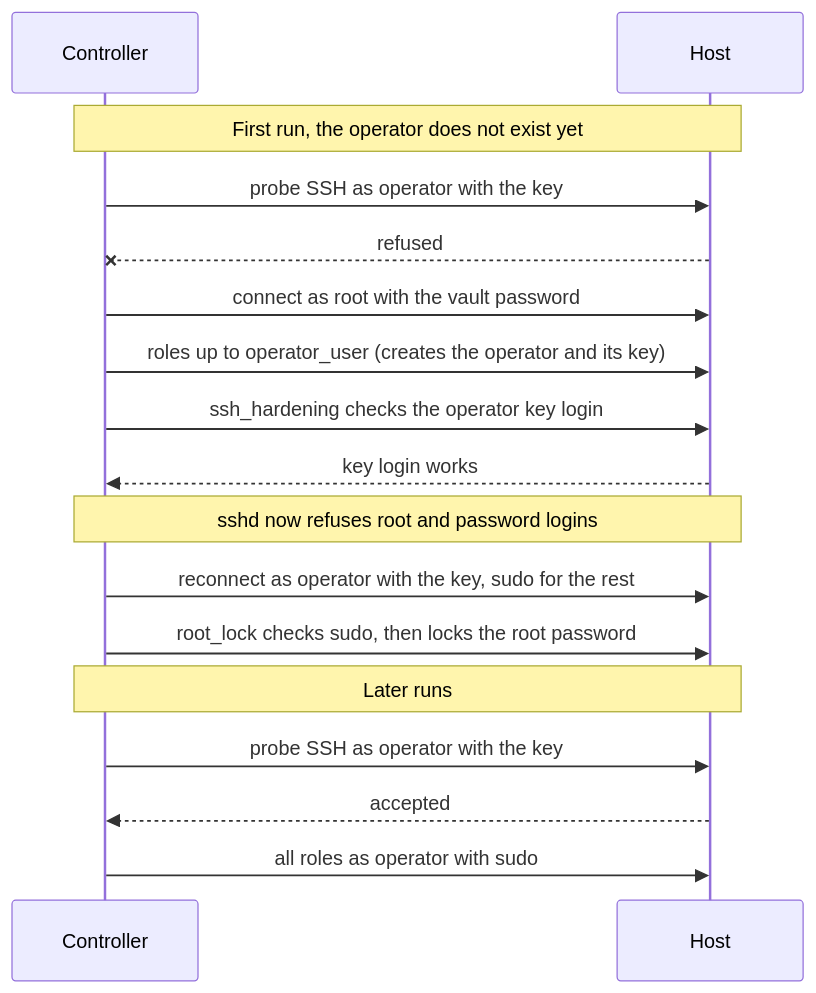
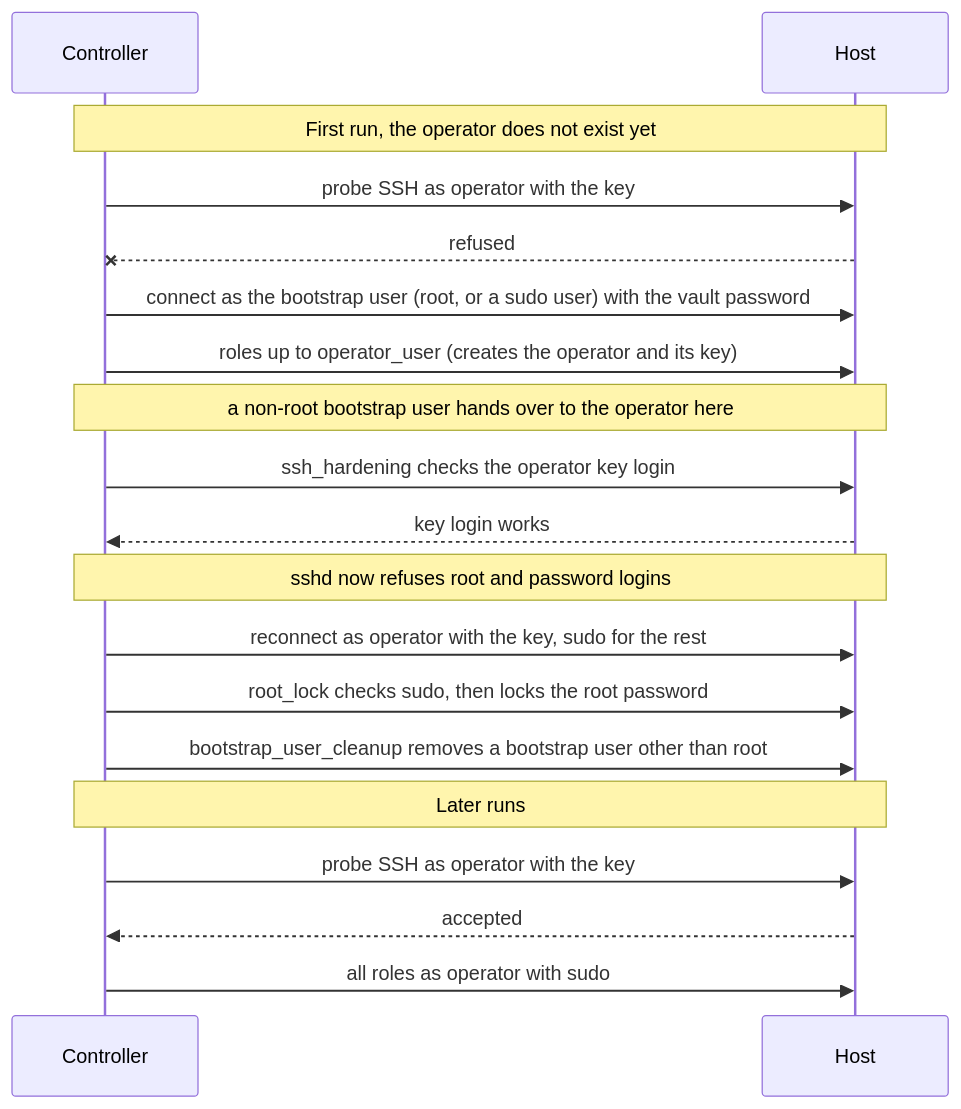
Before and after one commit to nayrosk/nayrosk-ansible: the third of 3 diagrams in docs/architecture.md, drawn with Mermaid. The commit also changed other lines of this file and 29 other files, not shown here.

First line of the commit message:
feat(bootstrap_connection): choose the bootstrap user and remove it after (#22)

````diff
--- a/docs/architecture.md
+++ b/docs/architecture.md
@@ -85,19 +89,21 @@
 ```mermaid
 sequenceDiagram
     participant C as Controller
     participant H as Host
     Note over C,H: First run, the operator does not exist yet
     C->>H: probe SSH as operator with the key
     H--xC: refused
-    C->>H: connect as root with the vault password
+    C->>H: connect as the bootstrap user (root, or a sudo user) with the vault password
     C->>H: roles up to operator_user (creates the operator and its key)
+    Note over C,H: a non-root bootstrap user hands over to the operator here
     C->>H: ssh_hardening checks the operator key login
     H-->>C: key login works
     Note over C,H: sshd now refuses root and password logins
     C->>H: reconnect as operator with the key, sudo for the rest
     C->>H: root_lock checks sudo, then locks the root password
+    C->>H: bootstrap_user_cleanup removes a bootstrap user other than root
     Note over C,H: Later runs
     C->>H: probe SSH as operator with the key
     H-->>C: accepted
     C->>H: all roles as operator with sudo
 ```
````
